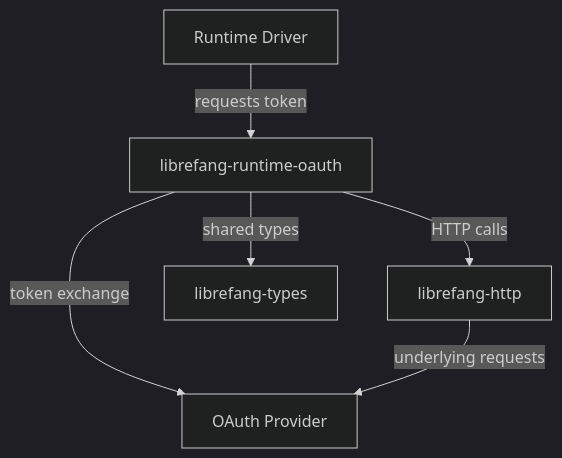
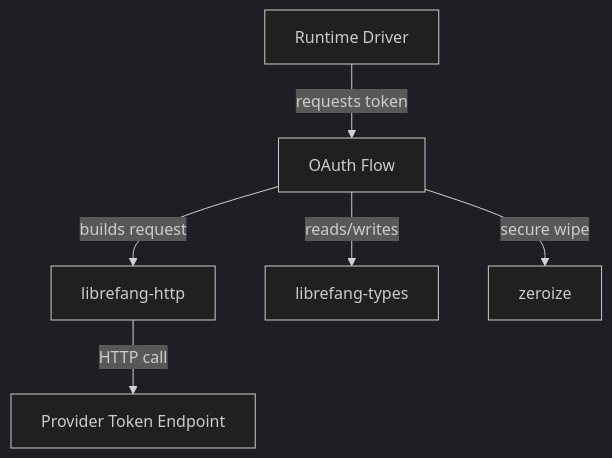
Before and after one commit to leszek3737/librefang-WIki: the diagram in other-librefang-runtime-oauth.md, drawn with Mermaid (dark theme). The commit also changed other lines of this file and 94 other files, not shown here.

````diff
--- a/other-librefang-runtime-oauth.md
+++ b/other-librefang-runtime-oauth.md
@@ -19,8 +15,8 @@
 ```mermaid
 graph TD
-    A[Runtime Driver] -->|requests token| B[librefang-runtime-oauth]
-    B -->|HTTP calls| C[librefang-http]
-    B -->|shared types| D[librefang-types]
-    B -->|token exchange| E[OAuth Provider]
-    C -->|underlying requests| E
+    A[Runtime Driver] -->|requests token| B[OAuth Flow]
+    B -->|builds request| C[librefang-http]
+    C -->|HTTP call| D[Provider Token Endpoint]
+    B -->|reads/writes| E[librefang-types]
+    B -->|secure wipe| F[zeroize]
 ```
````
